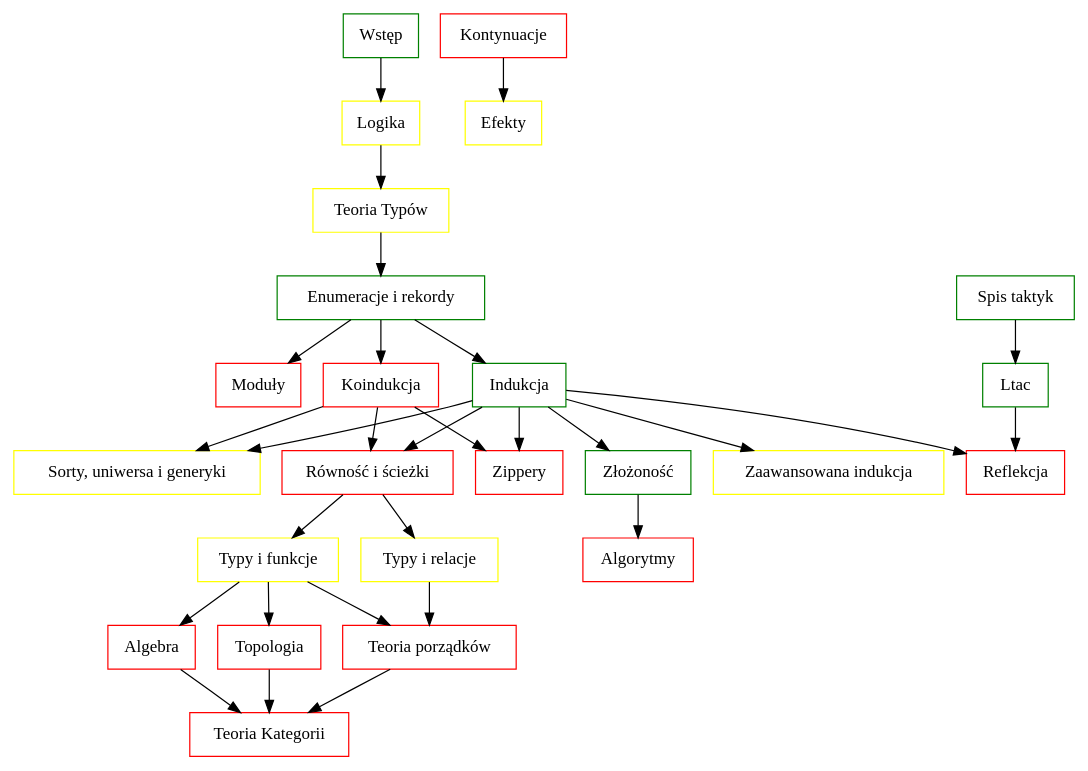
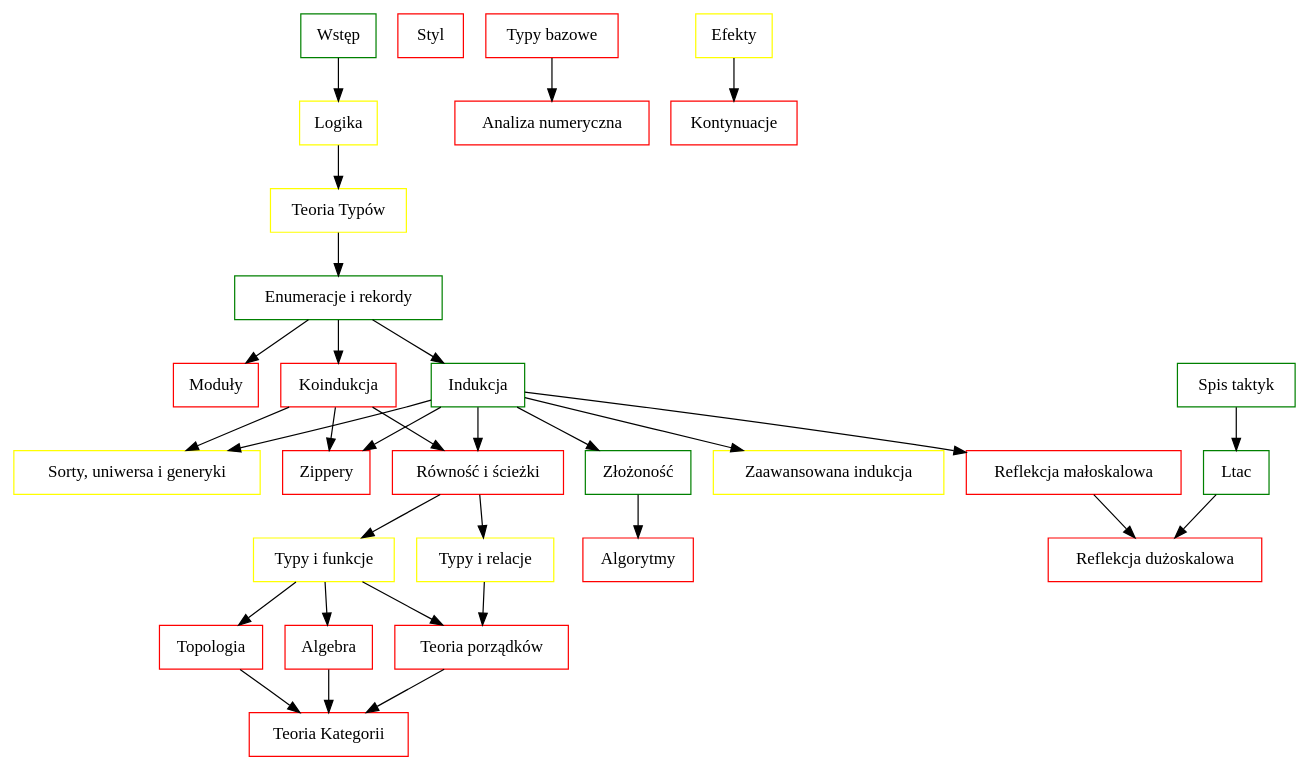
One commit to wkolowski/Typonomikon changed the diagram in txt/plany/plan.dot. Above: the diagram before and after it, drawn with Graphviz. The commit also changed 45 other files, not shown here.

```diff
--- a/txt/plany/plan.dot
+++ b/txt/plany/plan.dot
@@ -1,67 +1,74 @@
 digraph
 {
   node[shape=rectangle]
 
   Wstęp             [label = "Wstęp", color = green]
   
   Logika            [label = "Logika", color = yellow]
 
   TeoriaTypów       [label = "Teoria Typów", color = yellow]
 
   EnumRec           [label = "Enumeracje i rekordy", color = green]
+  
   Moduły            [label = "Moduły", color = red]
+  Styl              [label = "Styl", color = red]
+  Bazowe            [label = "Typy bazowe", color = red]
+  Numerki           [label = "Analiza numeryczna", color = red]
 
   Indukcja          [label = "Indukcja", color = green]
   Indukcja2         [label = "Zaawansowana indukcja", color = yellow]
   Zippery           [label = "Zippery", color = red]
   Uniwersa          [label = "Sorty, uniwersa i generyki", color = yellow]
 
   Koindukcja        [label = "Koindukcja", color = red]
 
   Ścieżki           [label = "Równość i ścieżki", color = red]
 
   Funkcje           [label = "Typy i funkcje", color = yellow]
   Relacje           [label = "Typy i relacje", color = yellow]
 
   Algebra           [label = "Algebra", color = red]
   Porządki          [label = "Teoria porządków", color = red]
   Topologia         [label = "Topologia", color = red]
   Kategorie         [label = "Teoria Kategorii", color = red]
 
   Kontynuacje       [label = "Kontynuacje", color = red]
   Efekty            [label = "Efekty", color = yellow]
 
   Złożoność         [label = "Złożoność", color = green]
   Algorytmy         [label = "Algorytmy", color = red]
 
+  Reflekcja1        [label = "Reflekcja małoskalowa", color = red]
   Taktyki           [label = "Spis taktyk", color = green]
   Ltac              [label = "Ltac", color = green]
-  Reflekcja         [label = "Reflekcja", color = red]
+  Reflekcja2        [label = "Reflekcja dużoskalowa", color = red]
 
 
 
   Wstęp             -> Logika
 
   Logika            -> TeoriaTypów
-  
   TeoriaTypów       -> EnumRec
 
   EnumRec           -> Indukcja, Koindukcja, Moduły
-  Indukcja          -> Zippery, Uniwersa, Indukcja2, /*Koindukcja,*/ Ścieżki, Złożoność, Reflekcja
-  Koindukcja        -> Zippery, Uniwersa, Ścieżki /*CoNat, Stream, CoList, InfTree,*/
+  Indukcja          -> Zippery, Uniwersa, Indukcja2, Ścieżki, Złożoność, Reflekcja1
+  Koindukcja        -> Zippery, Uniwersa, Ścieżki
 
   Ścieżki           -> Funkcje, Relacje
   Funkcje           -> Porządki, Algebra, Topologia
   Relacje           -> Porządki
 
   Algebra           -> Kategorie
   Porządki          -> Kategorie
   Topologia         -> Kategorie
 
+  Reflekcja1        -> Reflekcja2
   Taktyki           -> Ltac
-  Ltac              -> Reflekcja
+  Ltac              -> Reflekcja2
 
-  Kontynuacje       -> Efekty
+  Efekty            -> Kontynuacje
 
   Złożoność         -> Algorytmy
+
+  Bazowe            -> Numerki
 }
```
